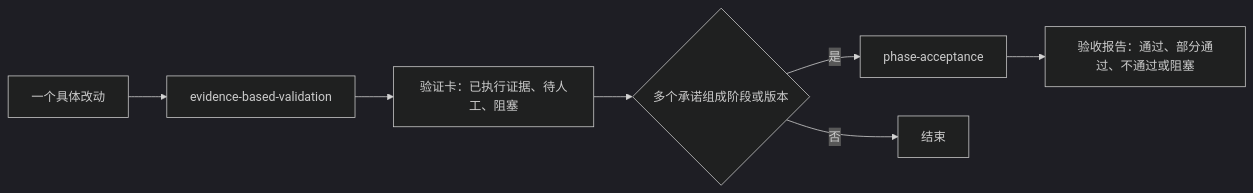
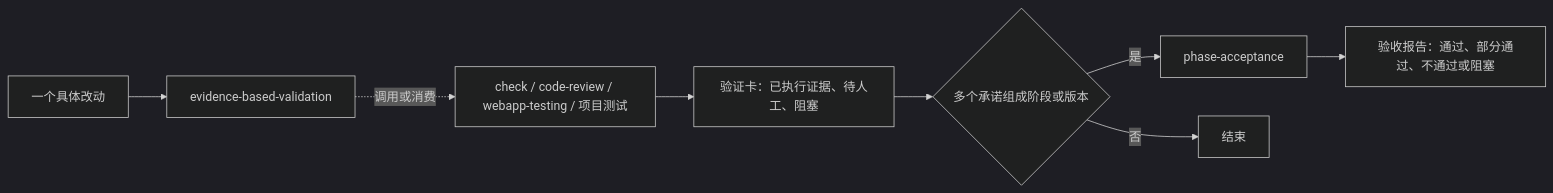
The third of 4 diagrams in docs/workflows.md (Morus-Fauston/Mo.s-skill), drawn with Mermaid (dark theme) before and after one commit. The commit also changed other lines of this file and 30 other files, not shown here.

````diff
--- a/docs/workflows.md
+++ b/docs/workflows.md
@@ -50,9 +53,10 @@
 ```mermaid
 flowchart LR
     A[一个具体改动] --> B[evidence-based-validation]
-    B --> C[验证卡：已执行证据、待人工、阻塞]
+    B -.->|调用或消费| Check[check / code-review / webapp-testing / 项目测试]
+    Check --> C[验证卡：已执行证据、待人工、阻塞]
     C --> D{多个承诺组成阶段或版本}
     D -->|是| E[phase-acceptance]
     D -->|否| F[结束]
     E --> G[验收报告：通过、部分通过、不通过或阻塞]
 ```
````
